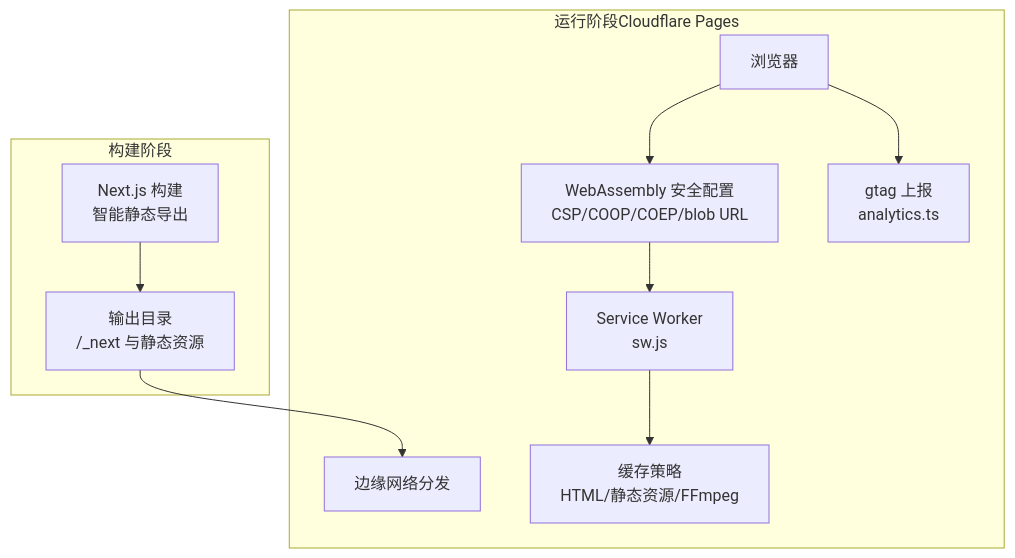
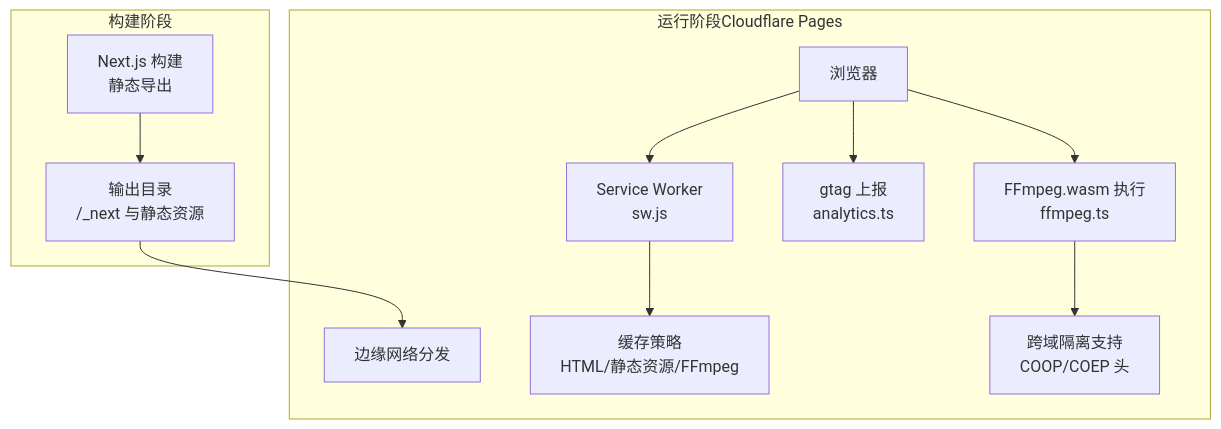
The second of 8 diagrams in .qoder/repowiki/zh/content/部署与维护.md (sgyy/privadeck), drawn with Mermaid before and after one commit. The commit also changed other lines of this file and 23 other files, not shown here.

````diff
--- a/.qoder/repowiki/zh/content/部署与维护.md
+++ b/.qoder/repowiki/zh/content/部署与维护.md
@@ -107,13 +85,14 @@
 ```mermaid
 graph TB
 subgraph "构建阶段"
-N["Next.js 构建<br/>智能静态导出"] --> O["输出目录<br/>/_next 与静态资源"]
+N["Next.js 构建<br/>静态导出"] --> O["输出目录<br/>/_next 与静态资源"]
 end
 subgraph "运行阶段Cloudflare Pages"
 O --> P["边缘网络分发"]
-Q["浏览器"] --> R["WebAssembly 安全配置<br/>CSP/COOP/COEP/blob URL"]
-R --> S["Service Worker<br/>sw.js"]
-S --> T["缓存策略<br/>HTML/静态资源/FFmpeg"]
-Q --> U["gtag 上报<br/>analytics.ts"]
+Q["浏览器"] --> R["Service Worker<br/>sw.js"]
+R --> S["缓存策略<br/>HTML/静态资源/FFmpeg"]
+Q --> T["gtag 上报<br/>analytics.ts"]
+Q --> U["FFmpeg.wasm 执行<br/>ffmpeg.ts"]
+U --> V["跨域隔离支持<br/>COOP/COEP 头"]
 end
 ```
````
